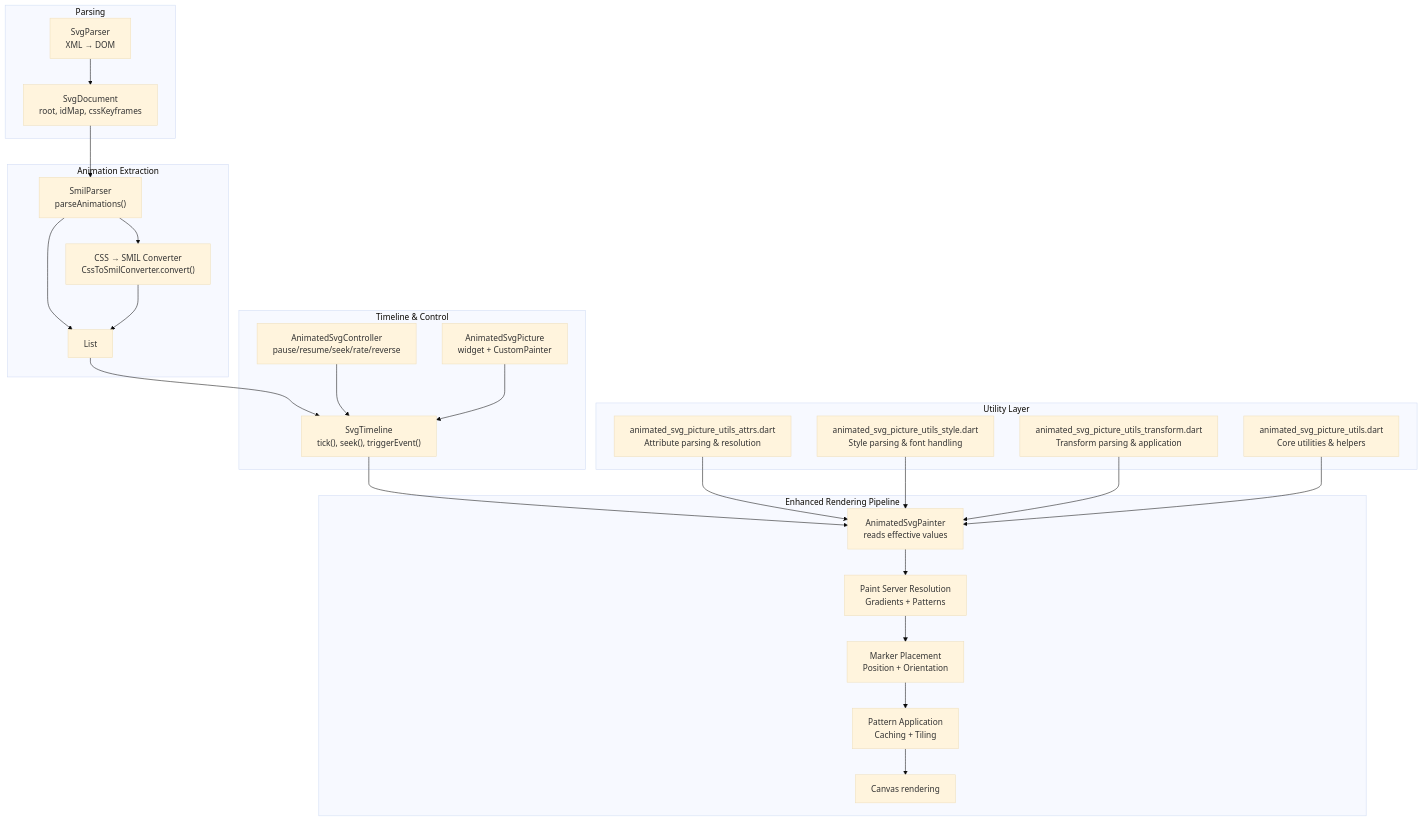
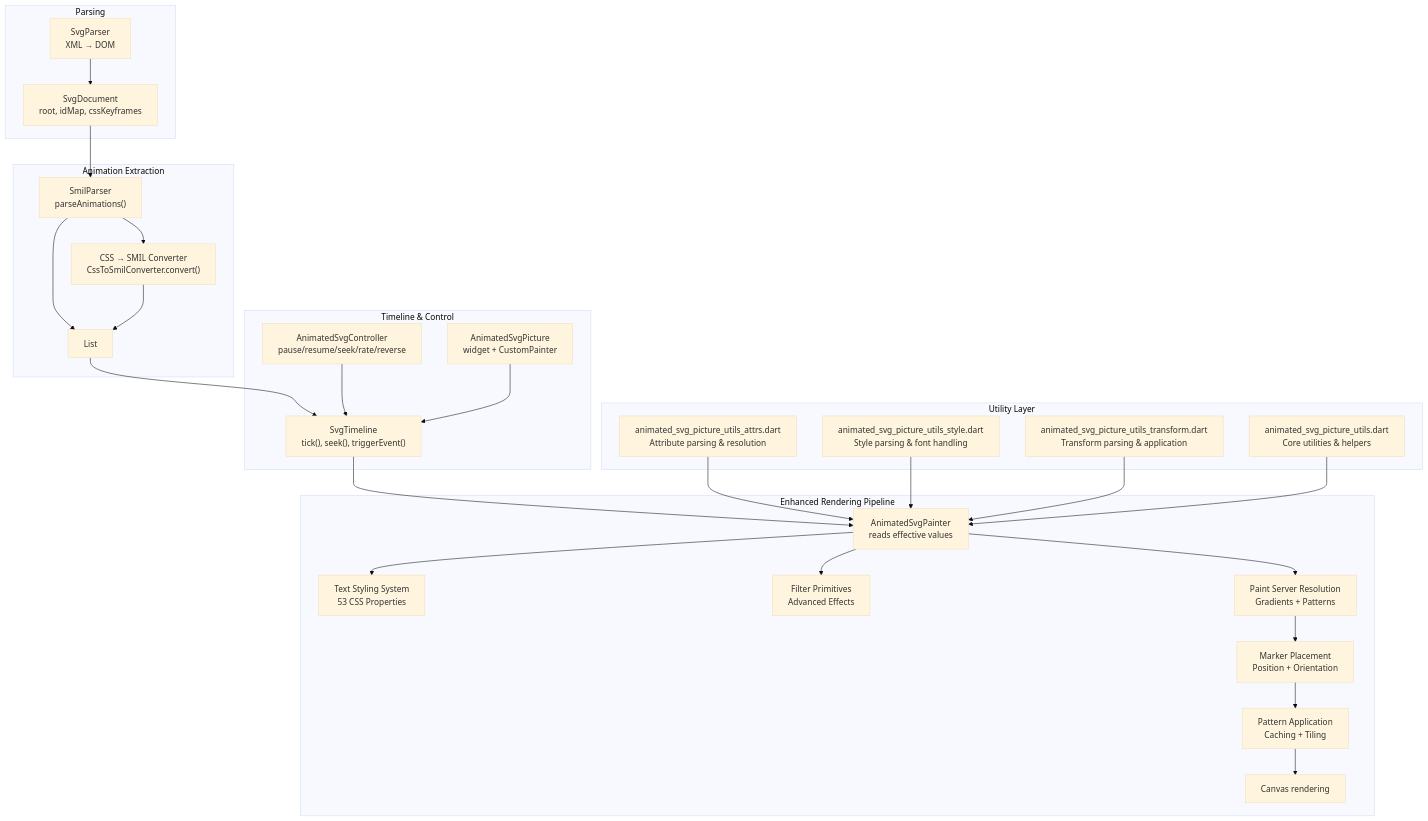
Before and after one commit to denisnadey/flutter_full_svg_support: the first of 23 diagrams in .qoder/repowiki/en/content/Animated SVG Support/Animated SVG Support.md, drawn with Mermaid (base theme). The commit also changed other lines of this file and 30 other files, not shown here.

First line of the commit message:
feat(svg): enhance use element symbol inheritance with full CSS cascade support

````diff
--- a/.qoder/repowiki/en/content/Animated SVG Support/Animated SVG Support.md
+++ b/.qoder/repowiki/en/content/Animated SVG Support/Animated SVG Support.md
@@ -71,30 +78,32 @@
 ```mermaid
 graph TB
 subgraph "Parsing"
 A["SvgParser<br/>XML → DOM"] --> B["SvgDocument<br/>root, idMap, cssKeyframes"]
 end
 subgraph "Animation Extraction"
 B --> C["SmilParser<br/>parseAnimations()"]
 C --> D["List<SmilAnimation>"]
 C --> E["CSS → SMIL Converter<br/>CssToSmilConverter.convert()"]
 E --> D
 end
 subgraph "Timeline & Control"
 D --> F["SvgTimeline<br/>tick(), seek(), triggerEvent()"]
 G["AnimatedSvgController<br/>pause/resume/seek/rate/reverse"] --> F
 H["AnimatedSvgPicture<br/>widget + CustomPainter"] --> F
 end
 subgraph "Enhanced Rendering Pipeline"
 F --> I["AnimatedSvgPainter<br/>reads effective values"]
-I --> J["Paint Server Resolution<br/>Gradients + Patterns"]
-J --> K["Marker Placement<br/>Position + Orientation"]
-K --> L["Pattern Application<br/>Caching + Tiling"]
-L --> M["Canvas rendering"]
+I --> J["Text Styling System<br/>53 CSS Properties"]
+I --> K["Filter Primitives<br/>Advanced Effects"]
+I --> L["Paint Server Resolution<br/>Gradients + Patterns"]
+L --> M["Marker Placement<br/>Position + Orientation"]
+M --> N["Pattern Application<br/>Caching + Tiling"]
+N --> O["Canvas rendering"]
 end
 subgraph "Utility Layer"
-N["animated_svg_picture_utils_attrs.dart<br/>Attribute parsing & resolution"] --> I
-O["animated_svg_picture_utils_style.dart<br/>Style parsing & font handling"] --> I
-P["animated_svg_picture_utils_transform.dart<br/>Transform parsing & application"] --> I
-Q["animated_svg_picture_utils.dart<br/>Core utilities & helpers"] --> I
+P["animated_svg_picture_utils_attrs.dart<br/>Attribute parsing & resolution"] --> I
+Q["animated_svg_picture_utils_style.dart<br/>Style parsing & font handling"] --> I
+R["animated_svg_picture_utils_transform.dart<br/>Transform parsing & application"] --> I
+S["animated_svg_picture_utils.dart<br/>Core utilities & helpers"] --> I
 end
 ```
````
